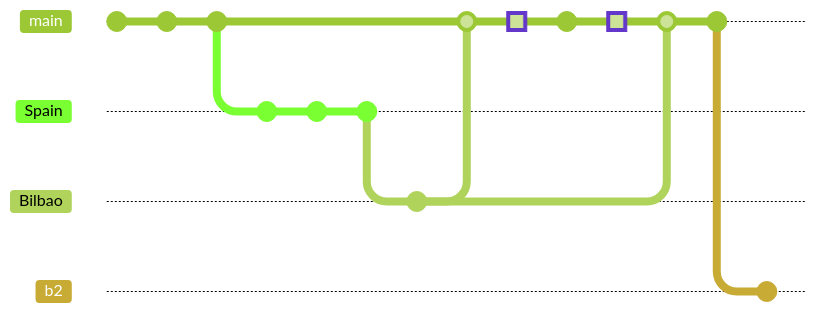
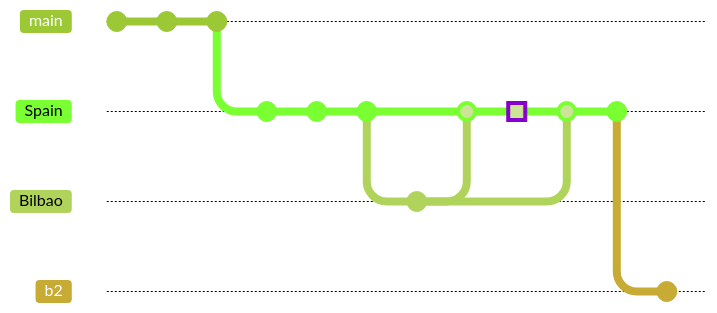
The diagram in README.md (sarnobat/atleticomadrid), drawn with Mermaid (forest theme) before and after one commit. Commit ids are hidden.

````diff
--- a/README.md
+++ b/README.md
@@ -6,22 +6,20 @@
 ```mermaid
 gitGraph:
     commit id: "1847 Eton rules football published"
     commit id: "1863 October FA rules created"
     commit id: "1863 FA Founded in London"
     branch Spain
     commit id: "1889 December 23 Recreativo Huelva founded"
     commit id: "1890 Sevilla founded"
     commit id: "1898 Barcelona founded"
     branch Bilbao
     commit id: "1898 July 18 Bilbao founded"
     checkout Bilbao
-    checkout main
+    checkout Spain
     merge Bilbao
     commit id: "1903 Copa de la Coronacion" type: HIGHLIGHT
-    commit id: "highlight"
-    commit type: HIGHLIGHT id: "highlight2"
     merge Bilbao
     commit
     branch b2
     commit
 ```
````
